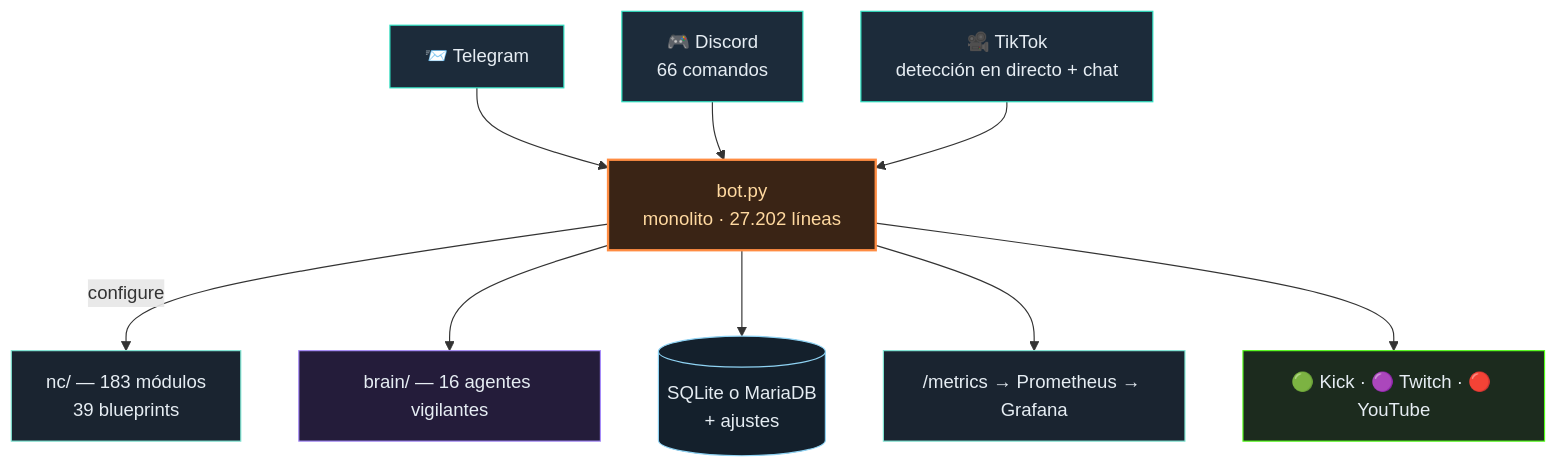
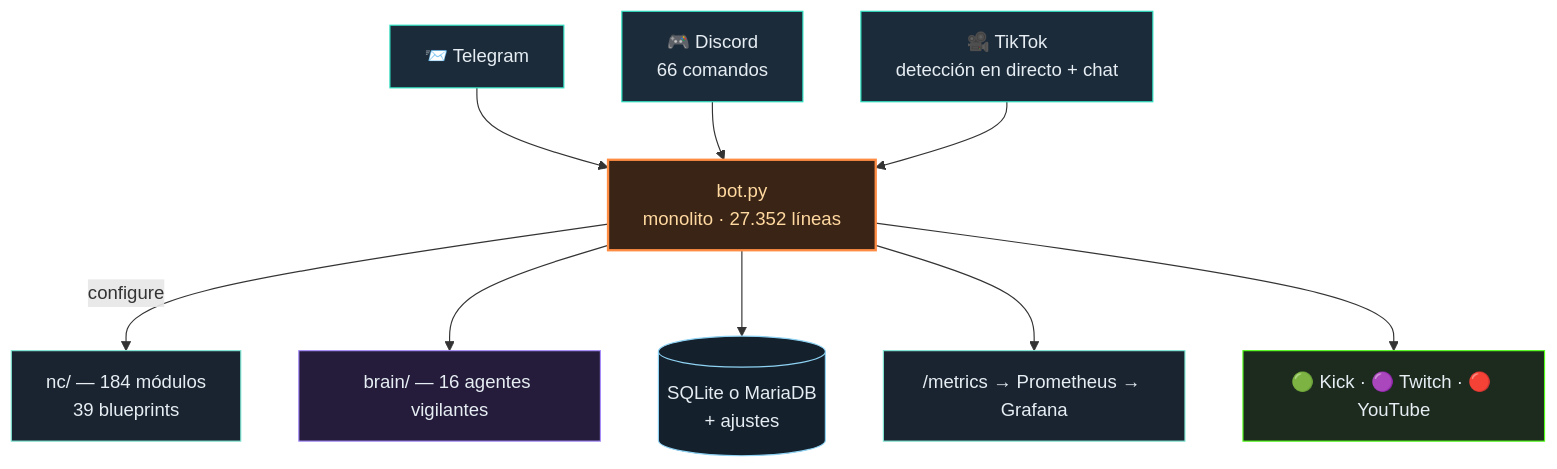
The diagram in README.es.md (itsamemedev/Telegram-Stream-Info-Bot), drawn with Mermaid before and after one commit. The commit also changed other lines of this file and 21 other files, not shown here.

````diff
--- a/README.es.md
+++ b/README.es.md
@@ -64,18 +64,18 @@
 ```mermaid
 flowchart TB
     TG["📨 Telegram"]:::ein --> BOT
     DC["🎮 Discord<br/>66 comandos"]:::ein --> BOT
     TT["🎥 TikTok<br/>detección en directo + chat"]:::ein --> BOT
-    BOT["bot.py<br/>monolito · 27.202 líneas"]:::core
-    BOT -->|configure| NC["nc/ — 183 módulos<br/>39 blueprints"]:::lib
+    BOT["bot.py<br/>monolito · 27.352 líneas"]:::core
+    BOT -->|configure| NC["nc/ — 184 módulos<br/>39 blueprints"]:::lib
     BOT --> BRAIN["brain/ — 16 agentes vigilantes"]:::brain
     BOT --> DB[("SQLite o MariaDB<br/>+ ajustes")]:::db
     BOT --> PROM["/metrics → Prometheus → Grafana"]:::lib
     BOT --> OUT["🟢 Kick · 🟣 Twitch · 🔴 YouTube"]:::out
     classDef ein fill:#1c2b3a,stroke:#2de1c2,color:#e6edf3
     classDef core fill:#3a2415,stroke:#ff8c42,stroke-width:2px,color:#ffd9a0
     classDef lib fill:#1a2430,stroke:#7fe7d4,color:#e6edf3
     classDef brain fill:#241c3a,stroke:#a78bfa,color:#e6edf3
     classDef db fill:#14202c,stroke:#8fd3f4,color:#e6edf3
     classDef out fill:#1c2b1e,stroke:#53fc18,color:#e6edf3
 ```
````
